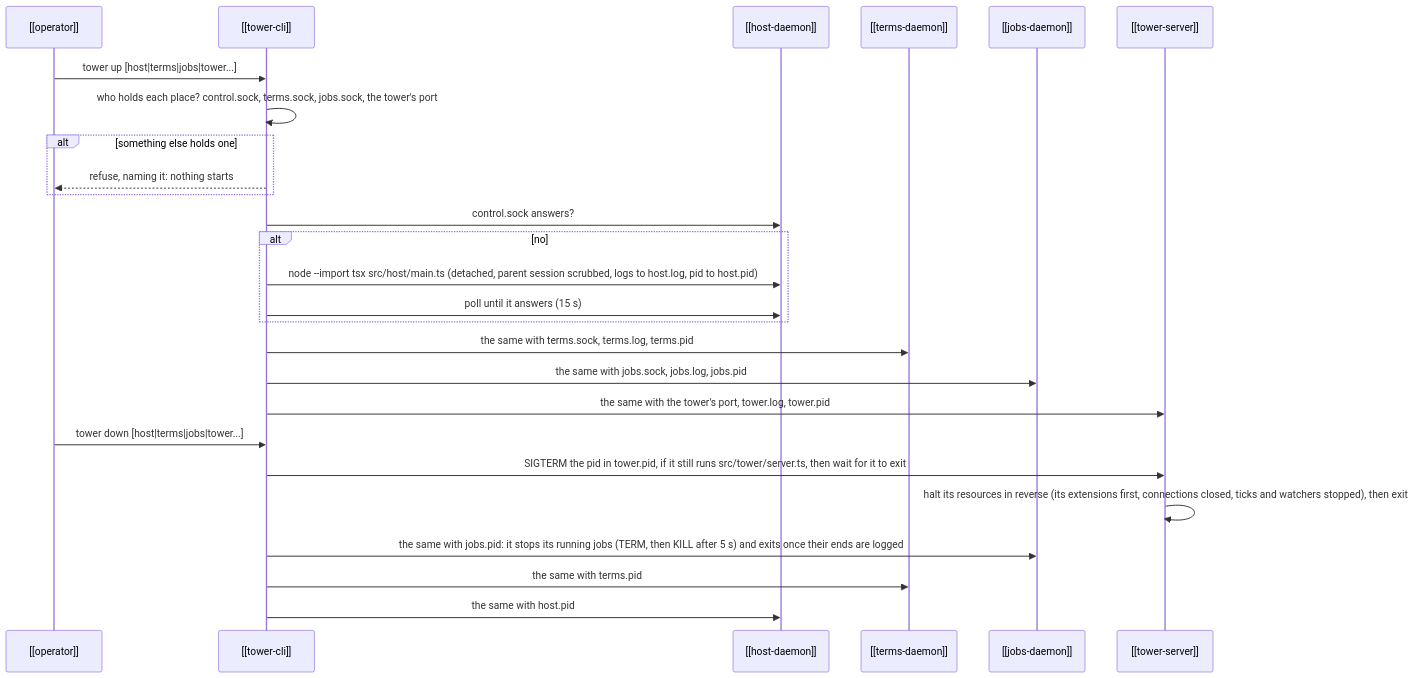
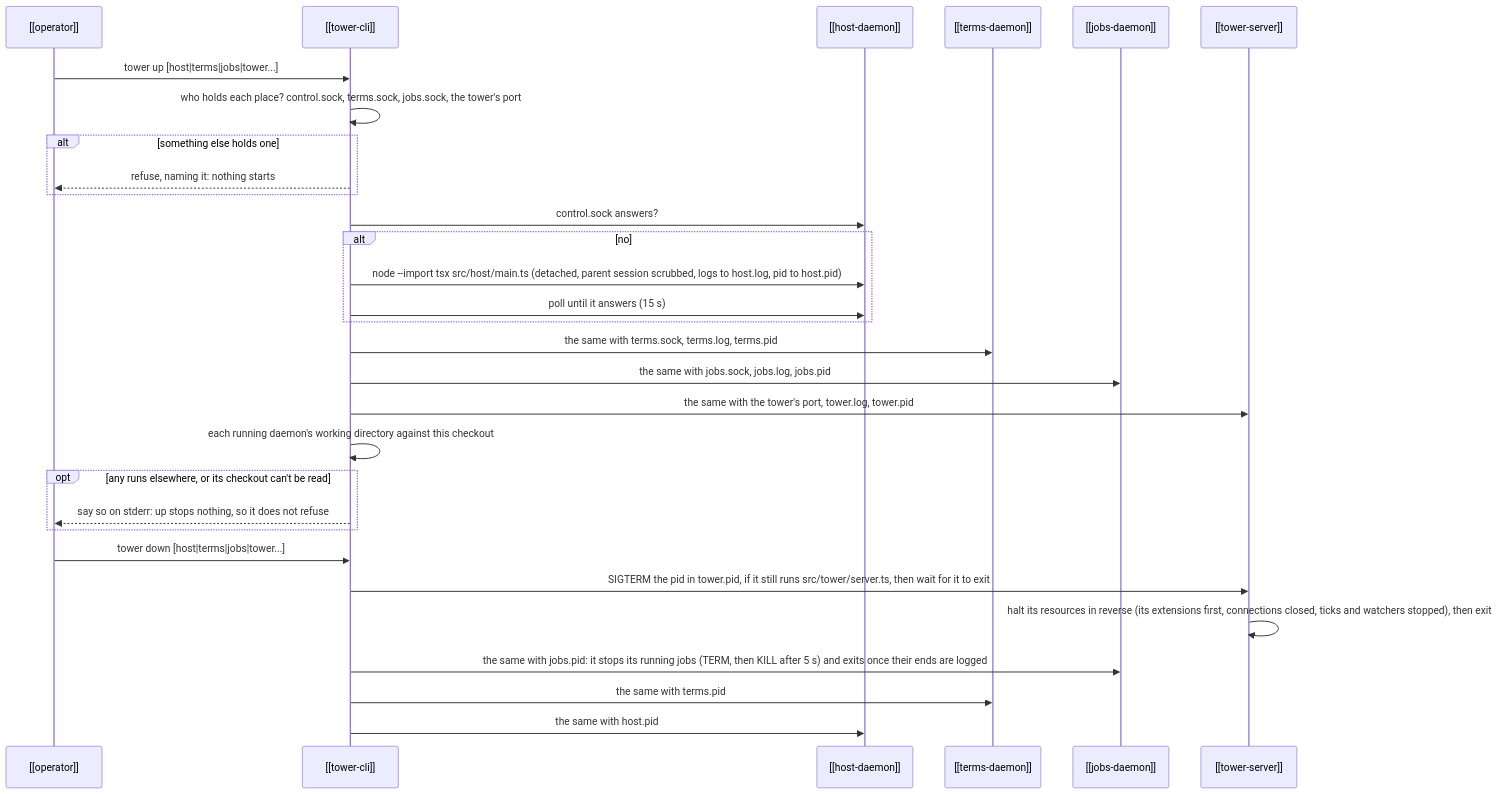
Before and after one commit to RegiByte/the-tower: the diagram in kb/entities/flows/bring-up.md, drawn with Mermaid. The commit also changed other lines of this file and 10 other files, not shown here.

First line of the commit message:
tower update refuses when the tower runs from another checkout

````diff
--- a/kb/entities/flows/bring-up.md
+++ b/kb/entities/flows/bring-up.md
@@ -12,28 +12,32 @@
 ```mermaid
 sequenceDiagram
   participant O as [[operator]]
   participant M as [[tower-cli]]
   participant H as [[host-daemon]]
   participant S as [[terms-daemon]]
   participant J as [[jobs-daemon]]
   participant T as [[tower-server]]
   O->>M: tower up [host|terms|jobs|tower...]
   M->>M: who holds each place? control.sock, terms.sock, jobs.sock, the tower's port
   alt something else holds one
     M-->>O: refuse, naming it: nothing starts
   end
   M->>H: control.sock answers?
   alt no
     M->>H: node --import tsx src/host/main.ts (detached, parent session scrubbed, logs to host.log, pid to host.pid)
     M->>H: poll until it answers (15 s)
   end
   M->>S: the same with terms.sock, terms.log, terms.pid
   M->>J: the same with jobs.sock, jobs.log, jobs.pid
   M->>T: the same with the tower's port, tower.log, tower.pid
+  M->>M: each running daemon's working directory against this checkout
+  opt any runs elsewhere, or its checkout can't be read
+    M-->>O: say so on stderr: up stops nothing, so it does not refuse
+  end
   O->>M: tower down [host|terms|jobs|tower...]
   M->>T: SIGTERM the pid in tower.pid, if it still runs src/tower/server.ts, then wait for it to exit
   T->>T: halt its resources in reverse (its extensions first, connections closed, ticks and watchers stopped), then exit
   M->>J: the same with jobs.pid: it stops its running jobs (TERM, then KILL after 5 s) and exits once their ends are logged
   M->>S: the same with terms.pid
   M->>H: the same with host.pid
 ```
````
